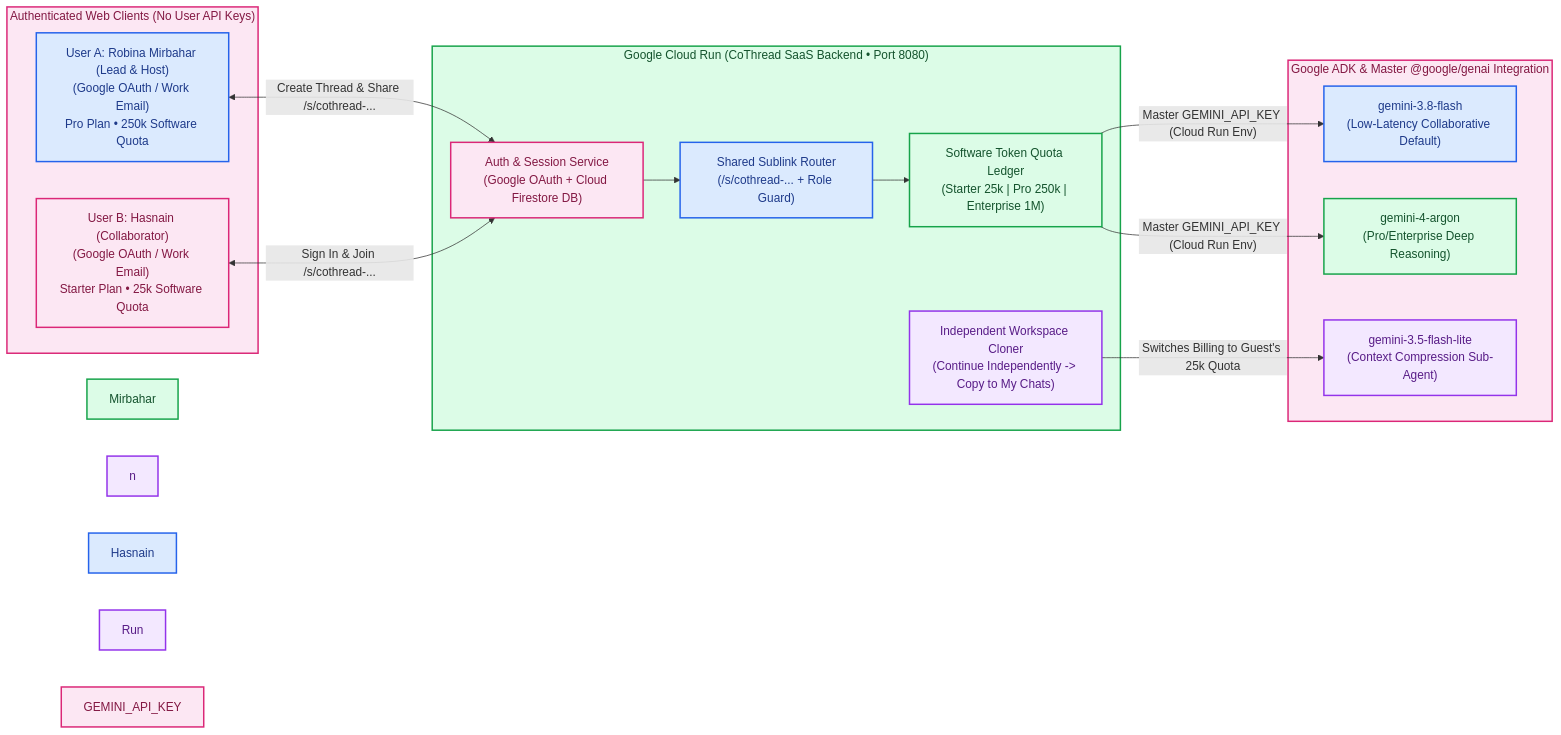
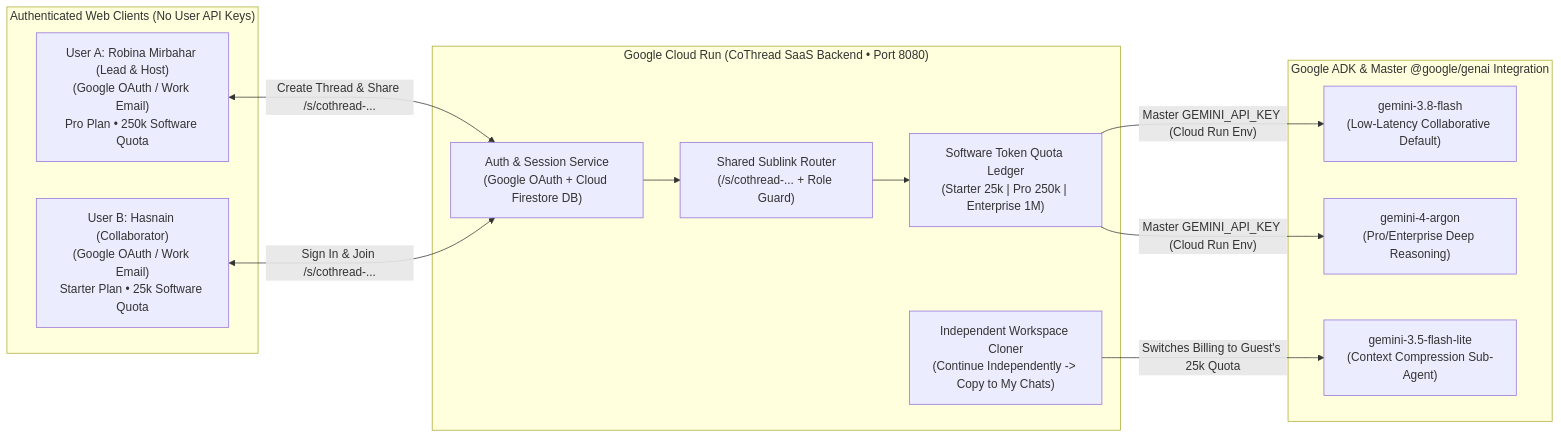
The first of 3 diagrams in README.md (RobinaMirbahar/CoThread), drawn with Mermaid before and after one commit. The commit also changed other lines of this file, not shown here.

Commit message:
docs: revert Mermaid color overrides for crisp native GitHub rendering and consolidate header

````diff
--- a/README.md
+++ b/README.md
@@ -83,45 +83,28 @@
 ```mermaid
 flowchart LR
     subgraph Clients["Authenticated Web Clients (No User API Keys)"]
         Host["User A: Robina Mirbahar (Lead & Host)\n(Google OAuth / Work Email)\nPro Plan • 250k Software Quota"]
         Guest["User B: Hasnain (Collaborator)\n(Google OAuth / Work Email)\nStarter Plan • 25k Software Quota"]
     end
 
     subgraph CloudRun["Google Cloud Run (CoThread SaaS Backend • Port 8080)"]
         Auth["Auth & Session Service\n(Google OAuth + Cloud Firestore DB)"]
         Sublink["Shared Sublink Router\n(/s/cothread-... + Role Guard)"]
         Ledger["Software Token Quota Ledger\n(Starter 25k | Pro 250k | Enterprise 1M)"]
         Clone["Independent Workspace Cloner\n(Continue Independently -> Copy to My Chats)"]
     end
 
     subgraph Gemini["Google ADK & Master @google/genai Integration"]
         Flash["gemini-3.8-flash\n(Low-Latency Collaborative Default)"]
         Argon["gemini-4-argon\n(Pro/Enterprise Deep Reasoning)"]
         Lite["gemini-3.5-flash-lite\n(Context Compression Sub-Agent)"]
     end
 
     Host <-->|"Create Thread & Share /s/cothread-..."| Auth
     Guest <-->|"Sign In & Join /s/cothread-..."| Auth
     Auth --> Sublink
     Sublink --> Ledger
     Ledger -->|"Master GEMINI_API_KEY (Cloud Run Env)"| Flash
     Ledger -->|"Master GEMINI_API_KEY (Cloud Run Env)"| Argon
     Clone -->|"Switches Billing to Guest's 25k Quota"| Lite
-    style Clients fill:#fce7f3,stroke:#db2777,stroke-width:2px,color:#831843
-    style Host fill:#dbeafe,stroke:#2563eb,stroke-width:2px,color:#1e3a8a
-    style Mirbahar fill:#dcfce7,stroke:#16a34a,stroke-width:2px,color:#14532d
-    style n fill:#f3e8ff,stroke:#9333ea,stroke-width:2px,color:#581c87
-    style Guest fill:#fce7f3,stroke:#db2777,stroke-width:2px,color:#831843
-    style Hasnain fill:#dbeafe,stroke:#2563eb,stroke-width:2px,color:#1e3a8a
-    style CloudRun fill:#dcfce7,stroke:#16a34a,stroke-width:2px,color:#14532d
-    style Run fill:#f3e8ff,stroke:#9333ea,stroke-width:2px,color:#581c87
-    style Auth fill:#fce7f3,stroke:#db2777,stroke-width:2px,color:#831843
-    style Sublink fill:#dbeafe,stroke:#2563eb,stroke-width:2px,color:#1e3a8a
-    style Ledger fill:#dcfce7,stroke:#16a34a,stroke-width:2px,color:#14532d
-    style Clone fill:#f3e8ff,stroke:#9333ea,stroke-width:2px,color:#581c87
-    style Gemini fill:#fce7f3,stroke:#db2777,stroke-width:2px,color:#831843
-    style Flash fill:#dbeafe,stroke:#2563eb,stroke-width:2px,color:#1e3a8a
-    style Argon fill:#dcfce7,stroke:#16a34a,stroke-width:2px,color:#14532d
-    style Lite fill:#f3e8ff,stroke:#9333ea,stroke-width:2px,color:#581c87
-    style GEMINI_API_KEY fill:#fce7f3,stroke:#db2777,stroke-width:2px,color:#831843
 ```
````
